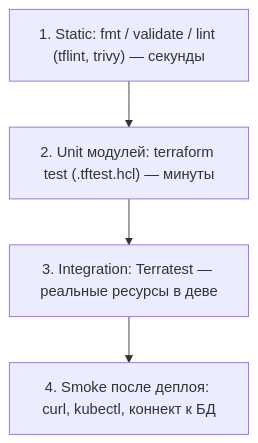
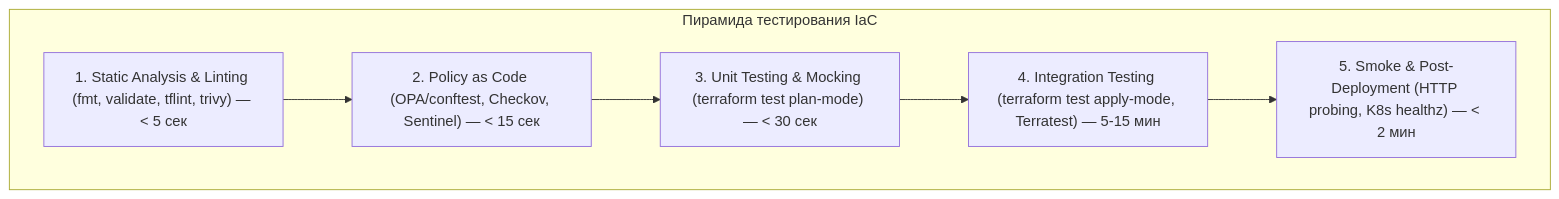
One commit to alisaalisaalisaalisas/doka changed the first of 4 diagrams in docs/06-terraform/03-terraform-testing-ci-and-state-ops.md. Above: the diagram before and after it, drawn with Mermaid. The commit also changed other lines of this file and 154 other files, not shown here.

````diff
--- a/docs/06-terraform/03-terraform-testing-ci-and-state-ops.md
+++ b/docs/06-terraform/03-terraform-testing-ci-and-state-ops.md
@@ -7,7 +7,12 @@
 ```mermaid
 graph TB
-    L1["1. Static: fmt / validate / lint (tflint, trivy) — секунды"] --> L2
-    L2["2. Unit модулей: terraform test (.tftest.hcl) — минуты"] --> L3
-    L3["3. Integration: Terratest — реальные ресурсы в деве"] --> L4
-    L4["4. Smoke после деплоя: curl, kubectl, коннект к БД"]
+    subgraph Pyramid["Пирамида тестирования IaC"]
+        L1["1. Static Analysis & Linting (fmt, validate, tflint, trivy) — < 5 сек"]
+        L2["2. Policy as Code (OPA/conftest, Checkov, Sentinel) — < 15 сек"]
+        L3["3. Unit Testing & Mocking (terraform test plan-mode) — < 30 сек"]
+        L4["4. Integration Testing (terraform test apply-mode, Terratest) — 5-15 мин"]
+        L5["5. Smoke & Post-Deployment (HTTP probing, K8s healthz) — < 2 мин"]
+    end
+
+    L1 --> L2 --> L3 --> L4 --> L5
 ```
````
